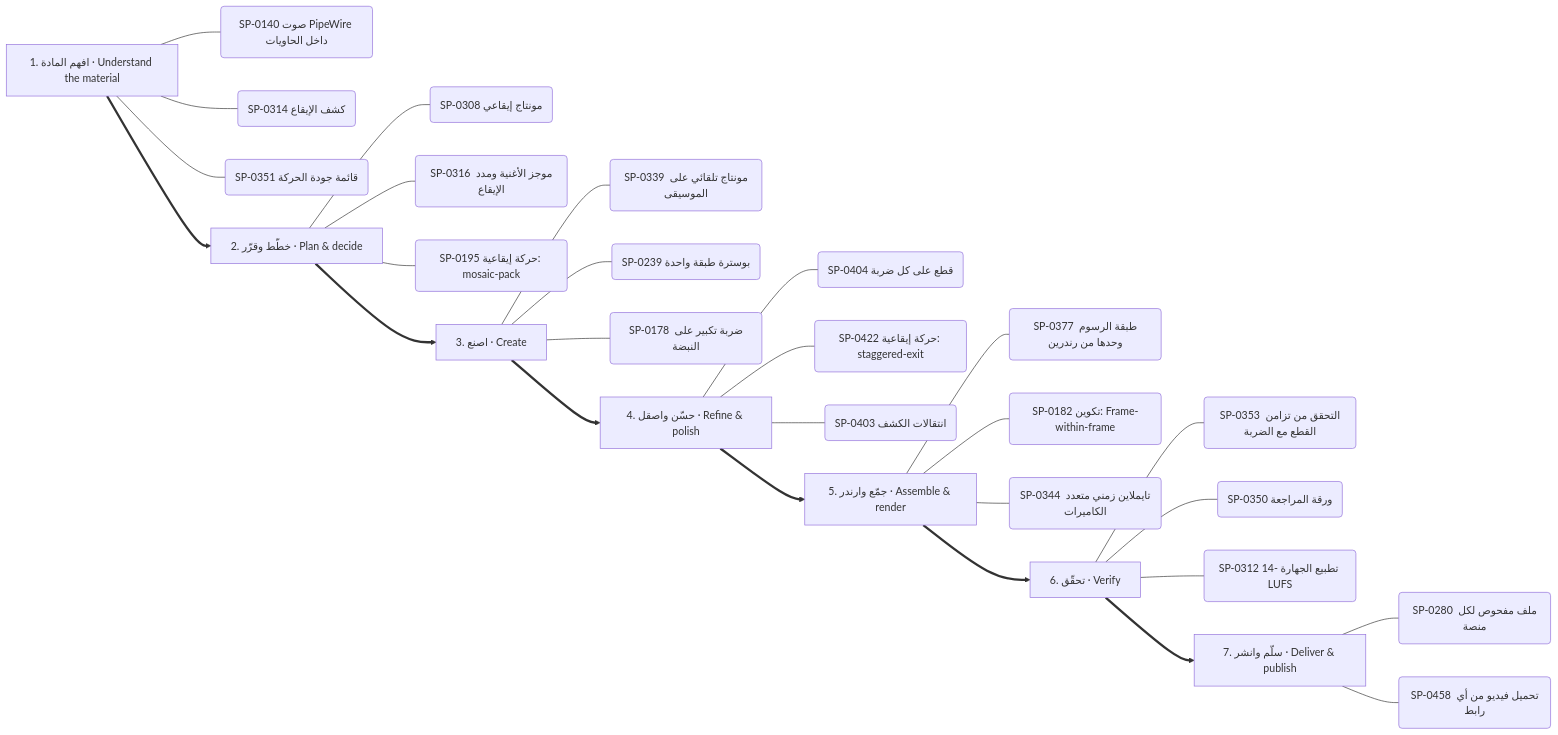
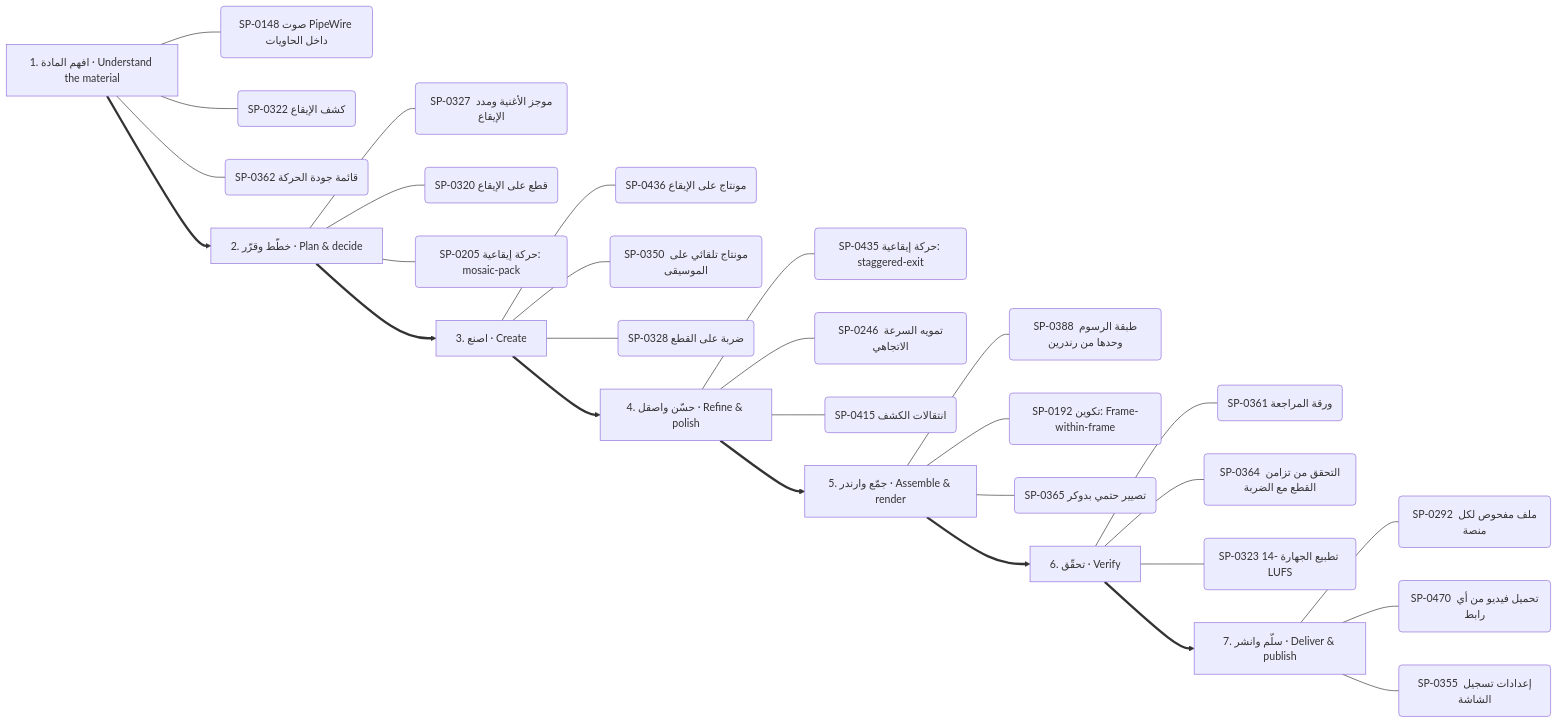
Before and after one commit to kosif199022-jpg/kosif-tool: the third of 13 diagrams in .claude/skills/kosif-superpowers/references/capability-mindmap.md, drawn with Mermaid. The commit also changed other lines of this file and 58 other files, not shown here.

````diff
--- a/.claude/skills/kosif-superpowers/references/capability-mindmap.md
+++ b/.claude/skills/kosif-superpowers/references/capability-mindmap.md
@@ -177,36 +177,37 @@
 ```mermaid
 flowchart LR
   S0["1. افهم المادة · Understand the material"]
-  S0 --- S0_0("SP-0140 صوت PipeWire داخل الحاويات")
-  S0 --- S0_1("SP-0314 كشف الإيقاع")
-  S0 --- S0_2("SP-0351 قائمة جودة الحركة")
+  S0 --- S0_0("SP-0148 صوت PipeWire داخل الحاويات")
+  S0 --- S0_1("SP-0322 كشف الإيقاع")
+  S0 --- S0_2("SP-0362 قائمة جودة الحركة")
   S1["2. خطّط وقرّر · Plan & decide"]
-  S1 --- S1_0("SP-0308 مونتاج إيقاعي")
-  S1 --- S1_1("SP-0316 موجز الأغنية ومدد الإيقاع")
-  S1 --- S1_2("SP-0195 حركة إيقاعية: mosaic-pack")
+  S1 --- S1_0("SP-0327 موجز الأغنية ومدد الإيقاع")
+  S1 --- S1_1("SP-0320 قطع على الإيقاع")
+  S1 --- S1_2("SP-0205 حركة إيقاعية: mosaic-pack")
   S0 ==> S1
   S2["3. اصنع · Create"]
-  S2 --- S2_0("SP-0339 مونتاج تلقائي على الموسيقى")
-  S2 --- S2_1("SP-0239 بوسترة طبقة واحدة")
-  S2 --- S2_2("SP-0178 ضربة تكبير على النبضة")
+  S2 --- S2_0("SP-0436 مونتاج على الإيقاع")
+  S2 --- S2_1("SP-0350 مونتاج تلقائي على الموسيقى")
+  S2 --- S2_2("SP-0328 ضربة على القطع")
   S1 ==> S2
   S3["4. حسّن واصقل · Refine & polish"]
-  S3 --- S3_0("SP-0404 قطع على كل ضربة")
-  S3 --- S3_1("SP-0422 حركة إيقاعية: staggered-exit")
-  S3 --- S3_2("SP-0403 انتقالات الكشف")
+  S3 --- S3_0("SP-0435 حركة إيقاعية: staggered-exit")
+  S3 --- S3_1("SP-0246 تمويه السرعة الاتجاهي")
+  S3 --- S3_2("SP-0415 انتقالات الكشف")
   S2 ==> S3
   S4["5. جمّع وارندر · Assemble & render"]
-  S4 --- S4_0("SP-0377 طبقة الرسوم وحدها من رندرين")
-  S4 --- S4_1("SP-0182 تكوين: Frame-within-frame")
-  S4 --- S4_2("SP-0344 تايملاين زمني متعدد الكاميرات")
+  S4 --- S4_0("SP-0388 طبقة الرسوم وحدها من رندرين")
+  S4 --- S4_1("SP-0192 تكوين: Frame-within-frame")
+  S4 --- S4_2("SP-0365 تصيير حتمي بدوكر")
   S3 ==> S4
   S5["6. تحقّق · Verify"]
-  S5 --- S5_0("SP-0353 التحقق من تزامن القطع مع الضربة")
-  S5 --- S5_1("SP-0350 ورقة المراجعة")
-  S5 --- S5_2("SP-0312 تطبيع الجهارة -14 LUFS")
+  S5 --- S5_0("SP-0361 ورقة المراجعة")
+  S5 --- S5_1("SP-0364 التحقق من تزامن القطع مع الضربة")
+  S5 --- S5_2("SP-0323 تطبيع الجهارة -14 LUFS")
   S4 ==> S5
   S6["7. سلّم وانشر · Deliver & publish"]
-  S6 --- S6_0("SP-0280 ملف مفحوص لكل منصة")
-  S6 --- S6_1("SP-0458 تحميل فيديو من أي رابط")
+  S6 --- S6_0("SP-0292 ملف مفحوص لكل منصة")
+  S6 --- S6_1("SP-0470 تحميل فيديو من أي رابط")
+  S6 --- S6_2("SP-0355 إعدادات تسجيل الشاشة")
   S5 ==> S6
 ```
````
